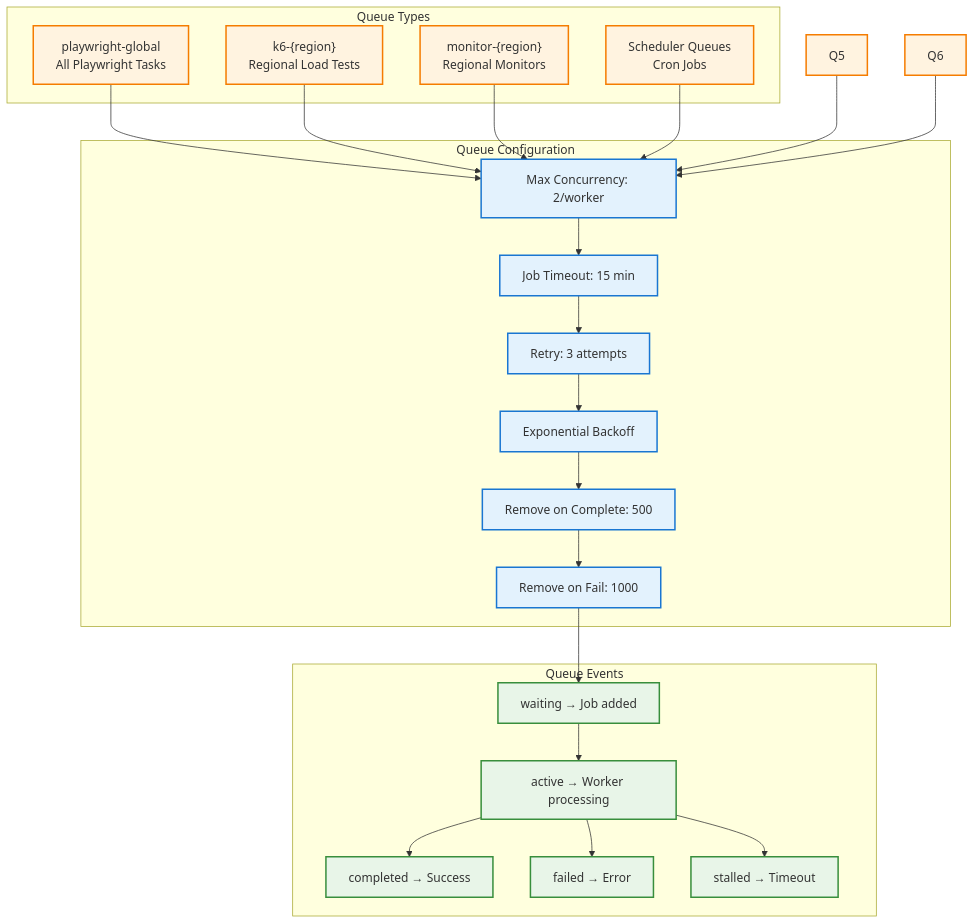
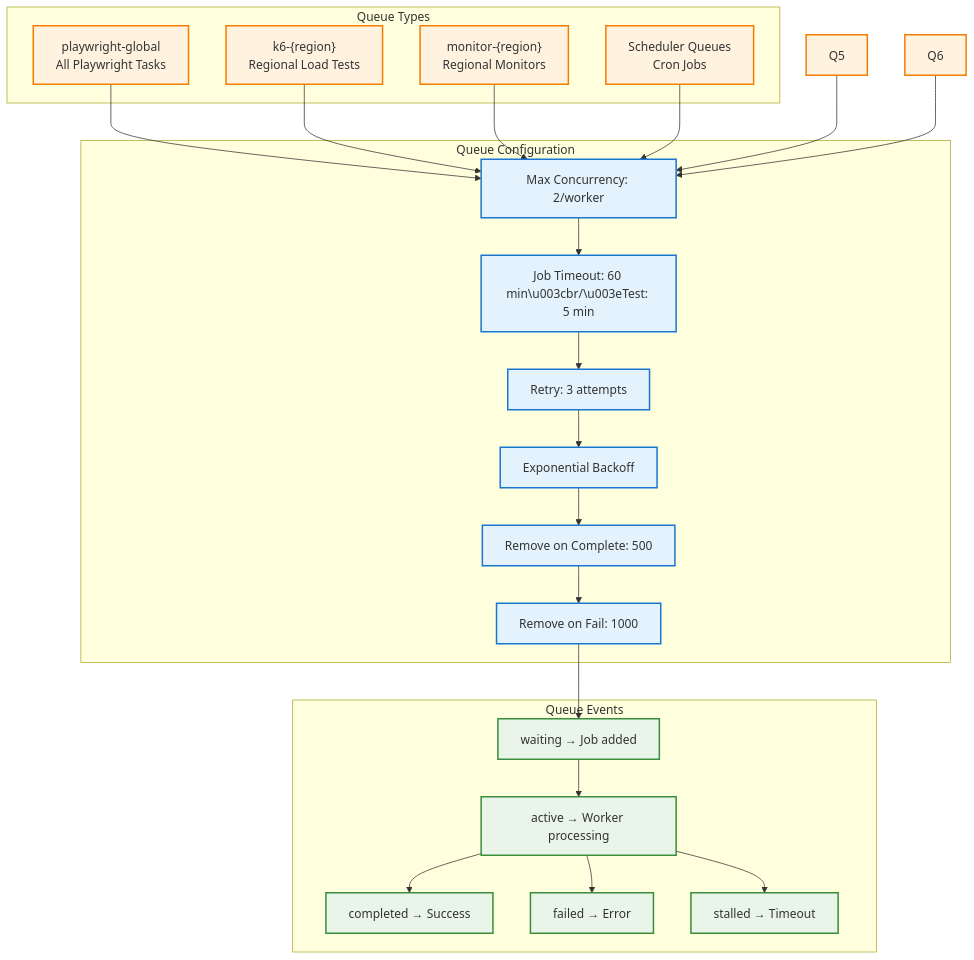
Before and after one commit to supercheck-io/supercheck: the third of 25 diagrams in docs/specs/03-execution/EXECUTION_SYSTEM.md, drawn with Mermaid. The commit also changed other lines of this file and 24 other files, not shown here.

````diff
--- a/docs/specs/03-execution/EXECUTION_SYSTEM.md
+++ b/docs/specs/03-execution/EXECUTION_SYSTEM.md
@@ -207,41 +207,41 @@
 ```mermaid
 graph TB
     subgraph "Queue Types"
         Q1[playwright-global<br/>All Playwright Tasks]
         Q2["k6-{region}<br/>Regional Load Tests"]
         Q3["monitor-{region}<br/>Regional Monitors"]
         Q4[Scheduler Queues<br/>Cron Jobs]
     end
 
     subgraph "Queue Configuration"
         C1[Max Concurrency: 2/worker]
-        C2[Job Timeout: 15 min]
+        C2[Job Timeout: 60 min\u003cbr/\u003eTest: 5 min]
         C3[Retry: 3 attempts]
         C4[Exponential Backoff]
         C5[Remove on Complete: 500]
         C6[Remove on Fail: 1000]
     end
 
     subgraph "Queue Events"
         E1[waiting → Job added]
         E2[active → Worker processing]
         E3[completed → Success]
         E4[failed → Error]
         E5[stalled → Timeout]
     end
 
     Q1 & Q2 & Q3 & Q4 & Q5 & Q6 --> C1
     C1 --> C2 --> C3 --> C4 --> C5 --> C6
 
     C6 --> E1 --> E2 --> E3
     E2 --> E4
     E2 --> E5
 
     classDef queue fill:#fff3e0,stroke:#f57c00,stroke-width:2px
     classDef config fill:#e3f2fd,stroke:#1976d2,stroke-width:2px
     classDef event fill:#e8f5e8,stroke:#388e3c,stroke-width:2px
 
     class Q1,Q2,Q3,Q4,Q5,Q6 queue
     class C1,C2,C3,C4,C5,C6 config
     class E1,E2,E3,E4,E5 event
 ```
````
